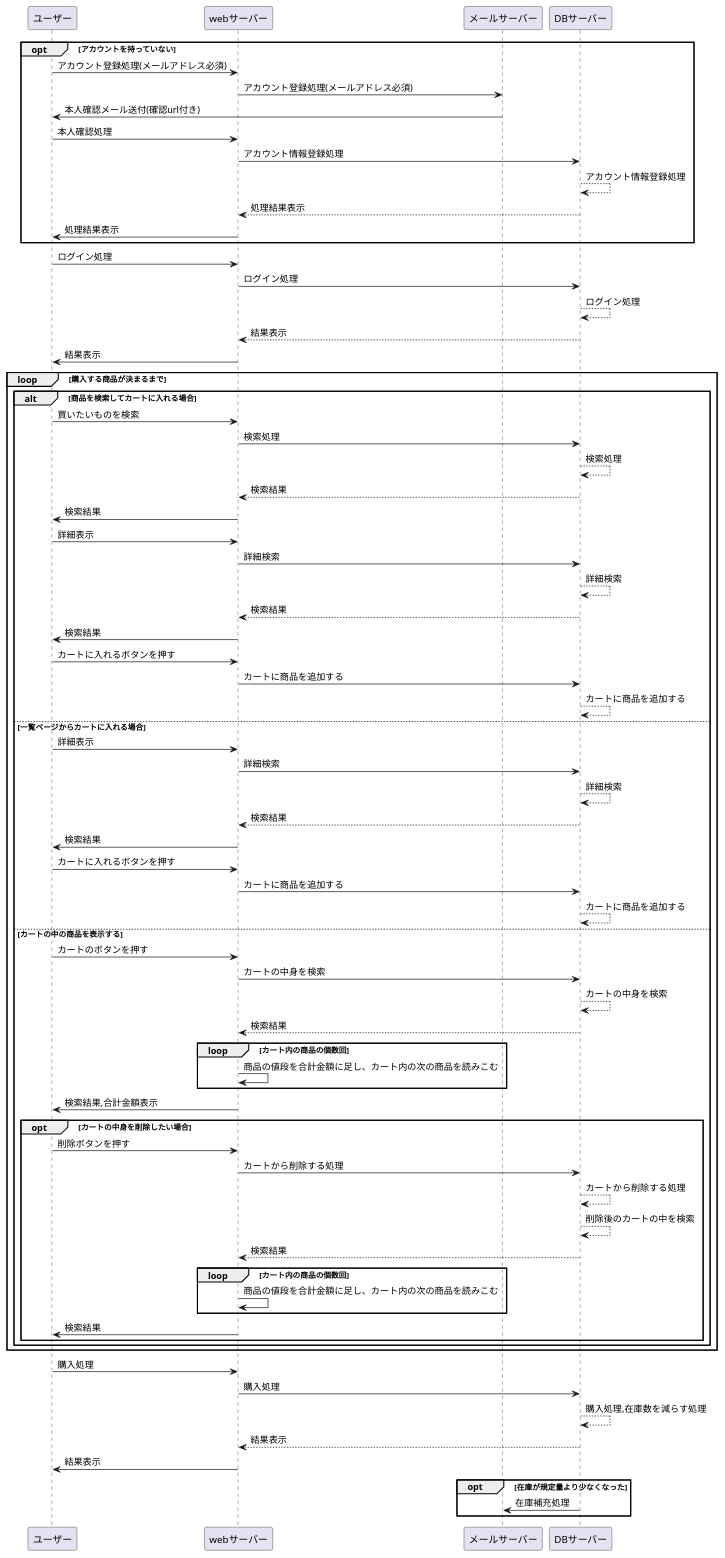
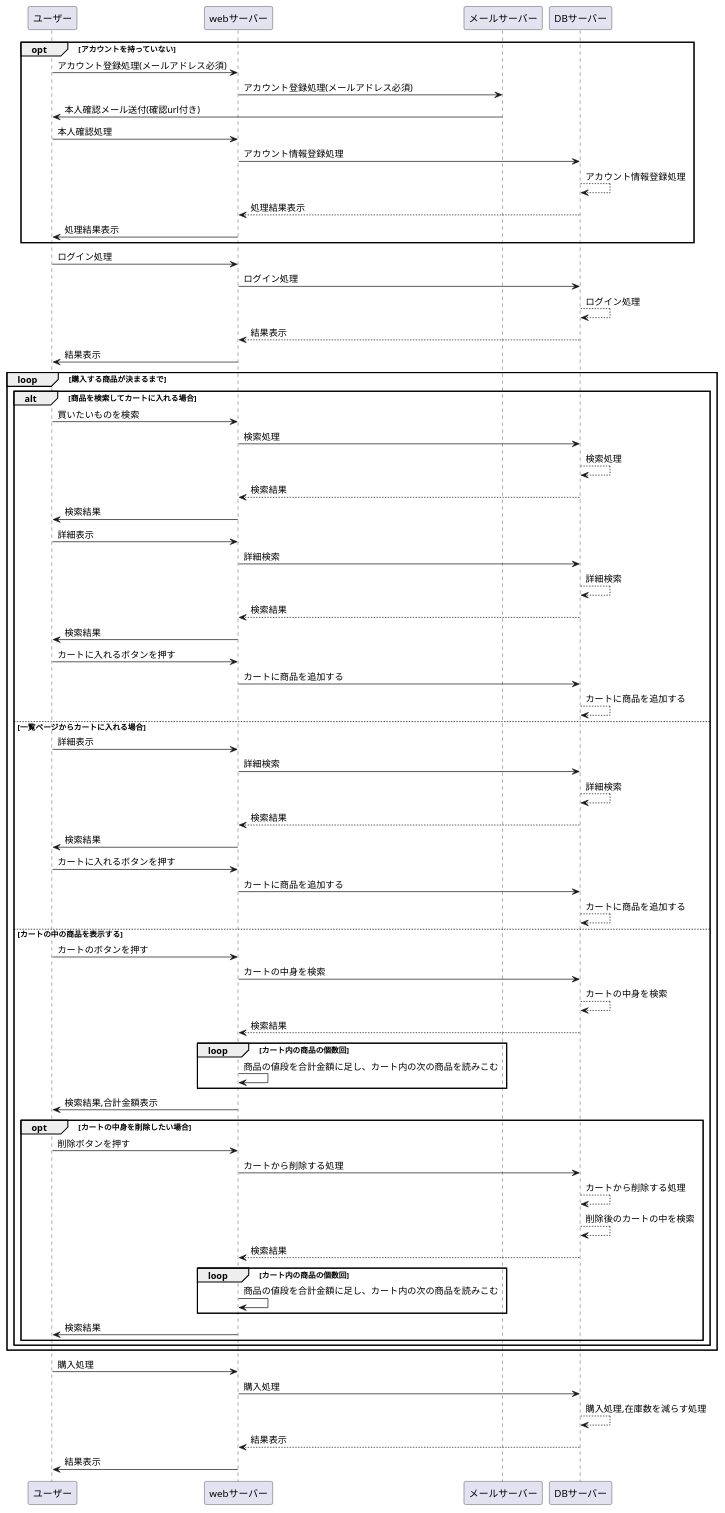
The diagram in original-flow.md (Aso2001026/2021sys-design), drawn with PlantUML before and after one commit.

````diff
--- a/original-flow.md
+++ b/original-flow.md
@@ -1,80 +1,77 @@
 ```uml
 @startuml
 opt アカウントを持っていない
 ユーザー -> webサーバー : アカウント登録処理(メールアドレス必須)
 webサーバー -> メールサーバー: アカウント登録処理(メールアドレス必須)
 メールサーバー -> ユーザー :本人確認メール送付(確認url付き)
 ユーザー -> webサーバー : 本人確認処理
 webサーバー -> DBサーバー: アカウント情報登録処理
 DBサーバー --> DBサーバー : アカウント情報登録処理
 DBサーバー --> webサーバー: 処理結果表示
 webサーバー -> ユーザー :処理結果表示
 end
 ユーザー -> webサーバー : ログイン処理
 webサーバー -> DBサーバー: ログイン処理
 DBサーバー --> DBサーバー : ログイン処理
 DBサーバー --> webサーバー: 結果表示
 webサーバー -> ユーザー :結果表示
 loop 購入する商品が決まるまで
 
 alt 商品を検索してカートに入れる場合
 ユーザー -> webサーバー : 買いたいものを検索
 webサーバー -> DBサーバー: 検索処理
 DBサーバー --> DBサーバー : 検索処理
 DBサーバー --> webサーバー: 検索結果
 webサーバー -> ユーザー :検索結果
 ユーザー -> webサーバー : 詳細表示
 webサーバー -> DBサーバー: 詳細検索
 DBサーバー --> DBサーバー : 詳細検索
 DBサーバー --> webサーバー: 検索結果
 webサーバー -> ユーザー :検索結果
 ユーザー -> webサーバー : カートに入れるボタンを押す
 webサーバー -> DBサーバー: カートに商品を追加する
 DBサーバー --> DBサーバー : カートに商品を追加する
 
 else 一覧ページからカートに入れる場合
 ユーザー -> webサーバー : 詳細表示
 webサーバー -> DBサーバー: 詳細検索
 DBサーバー --> DBサーバー : 詳細検索
 DBサーバー --> webサーバー: 検索結果
 webサーバー -> ユーザー :検索結果
 ユーザー -> webサーバー : カートに入れるボタンを押す
 webサーバー -> DBサーバー: カートに商品を追加する
 DBサーバー --> DBサーバー : カートに商品を追加する
 
 else カートの中の商品を表示する
 ユーザー -> webサーバー : カートのボタンを押す
 webサーバー -> DBサーバー: カートの中身を検索
 DBサーバー --> DBサーバー : カートの中身を検索
 DBサーバー --> webサーバー: 検索結果
 loop カート内の商品の個数回
 webサーバー -> webサーバー :商品の値段を合計金額に足し、カート内の次の商品を読みこむ
 end
 webサーバー -> ユーザー :検索結果,合計金額表示
 opt カートの中身を削除したい場合
 ユーザー -> webサーバー : 削除ボタンを押す
 webサーバー -> DBサーバー: カートから削除する処理
 DBサーバー --> DBサーバー : カートから削除する処理
 DBサーバー --> DBサーバー : 削除後のカートの中を検索
 DBサーバー --> webサーバー: 検索結果
 loop カート内の商品の個数回
 webサーバー -> webサーバー :商品の値段を合計金額に足し、カート内の次の商品を読みこむ
 end
 webサーバー -> ユーザー :検索結果
 end
 end
 
 end
 
 
 ユーザー -> webサーバー : 購入処理
 webサーバー -> DBサーバー: 購入処理
 DBサーバー --> DBサーバー : 購入処理,在庫数を減らす処理
 DBサーバー --> webサーバー: 結果表示
 webサーバー -> ユーザー : 結果表示
-opt 在庫が規定量より少なくなった
-DBサーバー -> メールサーバー : 在庫補充処理
-end
 
 @enduml
 ```
````
